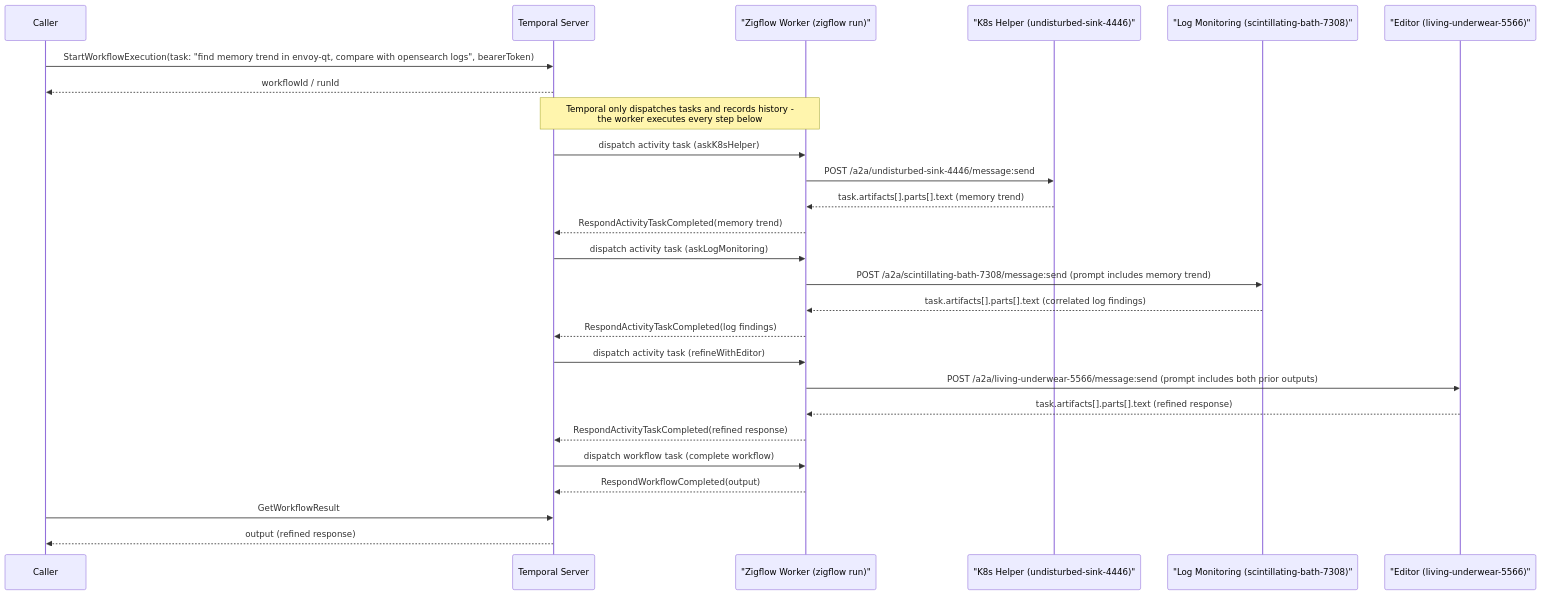
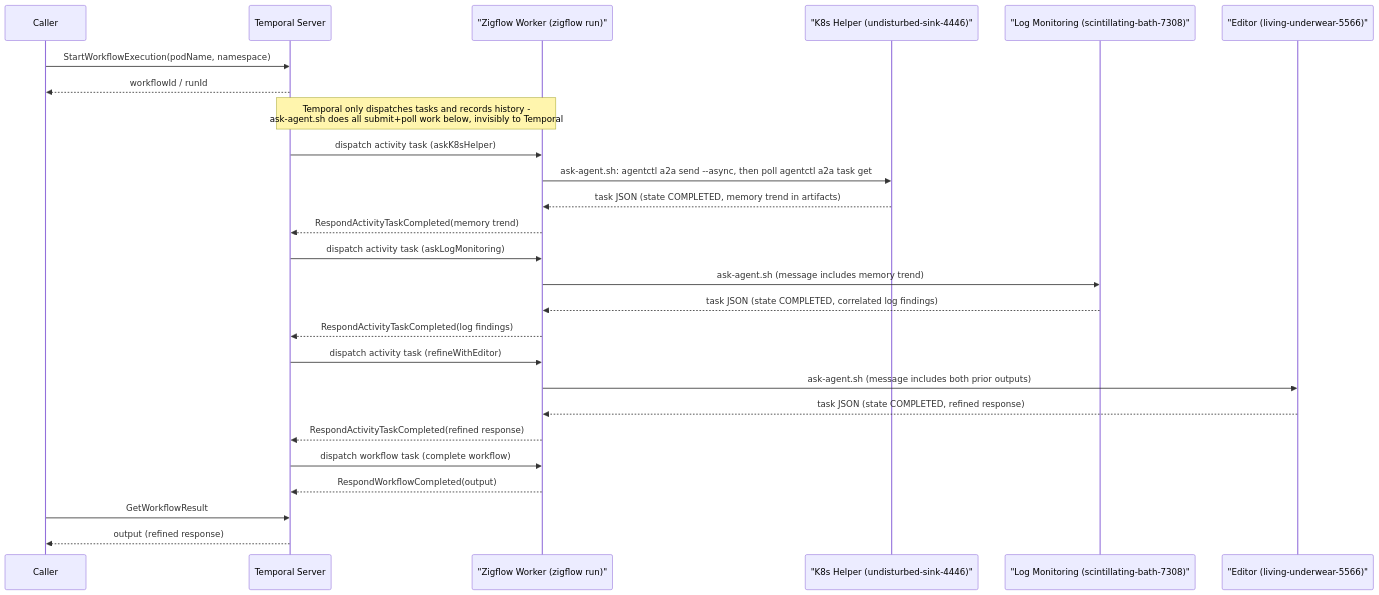
One commit to heiko-braun/trex changed the second of 2 diagrams in docs/architecure/pod-memory-trend-demo.md. Above: the diagram before and after it, drawn with Mermaid. The commit also changed other lines of this file and 3 other files, not shown here.

First line of the commit message:
Build and validate the pod memory trend demo workflow end-to-end

````diff
--- a/docs/architecure/pod-memory-trend-demo.md
+++ b/docs/architecure/pod-memory-trend-demo.md
@@ -102,34 +114,34 @@
 ```mermaid
 sequenceDiagram
     participant U as Caller
     participant TS as Temporal Server
     participant W as "Zigflow Worker (zigflow run)"
     participant K as "K8s Helper (undisturbed-sink-4446)"
     participant L as "Log Monitoring (scintillating-bath-7308)"
     participant E as "Editor (living-underwear-5566)"
 
-    U->>TS: StartWorkflowExecution(task: "find memory trend in envoy-qt, compare with opensearch logs", bearerToken)
+    U->>TS: StartWorkflowExecution(podName, namespace)
     TS-->>U: workflowId / runId
 
-    Note over TS,W: Temporal only dispatches tasks and records history -<br/>the worker executes every step below
+    Note over TS,W: Temporal only dispatches tasks and records history -<br/>ask-agent.sh does all submit+poll work below, invisibly to Temporal
 
     TS->>W: dispatch activity task (askK8sHelper)
-    W->>K: POST /a2a/undisturbed-sink-4446/message:send
-    K-->>W: task.artifacts[].parts[].text (memory trend)
+    W->>K: ask-agent.sh: agentctl a2a send --async, then poll agentctl a2a task get
+    K-->>W: task JSON (state COMPLETED, memory trend in artifacts)
     W-->>TS: RespondActivityTaskCompleted(memory trend)
 
     TS->>W: dispatch activity task (askLogMonitoring)
-    W->>L: POST /a2a/scintillating-bath-7308/message:send (prompt includes memory trend)
-    L-->>W: task.artifacts[].parts[].text (correlated log findings)
+    W->>L: ask-agent.sh (message includes memory trend)
+    L-->>W: task JSON (state COMPLETED, correlated log findings)
     W-->>TS: RespondActivityTaskCompleted(log findings)
 
     TS->>W: dispatch activity task (refineWithEditor)
-    W->>E: POST /a2a/living-underwear-5566/message:send (prompt includes both prior outputs)
-    E-->>W: task.artifacts[].parts[].text (refined response)
+    W->>E: ask-agent.sh (message includes both prior outputs)
+    E-->>W: task JSON (state COMPLETED, refined response)
     W-->>TS: RespondActivityTaskCompleted(refined response)
 
     TS->>W: dispatch workflow task (complete workflow)
     W-->>TS: RespondWorkflowCompleted(output)
     U->>TS: GetWorkflowResult
     TS-->>U: output (refined response)
 ```
````
